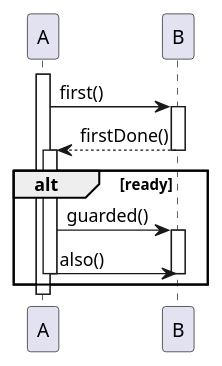
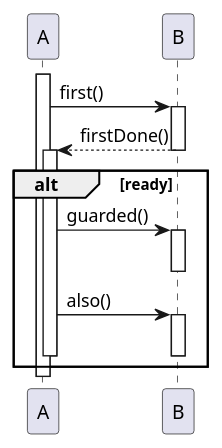
One commit to SuperPyonchiX/NextDesign_Script changed the diagram in SequenceImportProbe/samples/structure-insert-inframe-after.puml. Above: the diagram before and after it, drawn with PlantUML. The commit also changed 15 other files, not shown here.

```diff
--- a/SequenceImportProbe/samples/structure-insert-inframe-after.puml
+++ b/SequenceImportProbe/samples/structure-insert-inframe-after.puml
@@ -1,18 +1,20 @@
 @startuml
 participant A
 participant B
 activate A
 A -> B : first()
 activate B
 B --> A : firstDone()
 deactivate B
 alt ready
 activate A
 A -> B : guarded()
 activate B
+deactivate B
 A -> B : also()
+activate B
 deactivate B
 deactivate A
 end
 deactivate A
 @enduml
```
